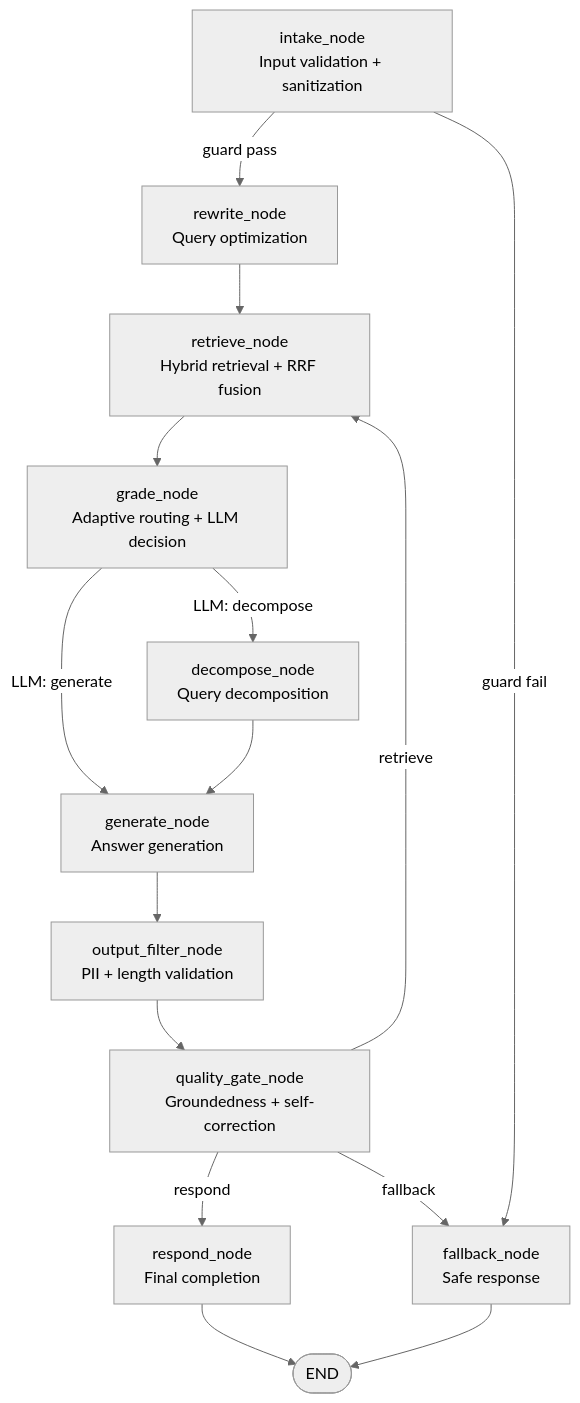
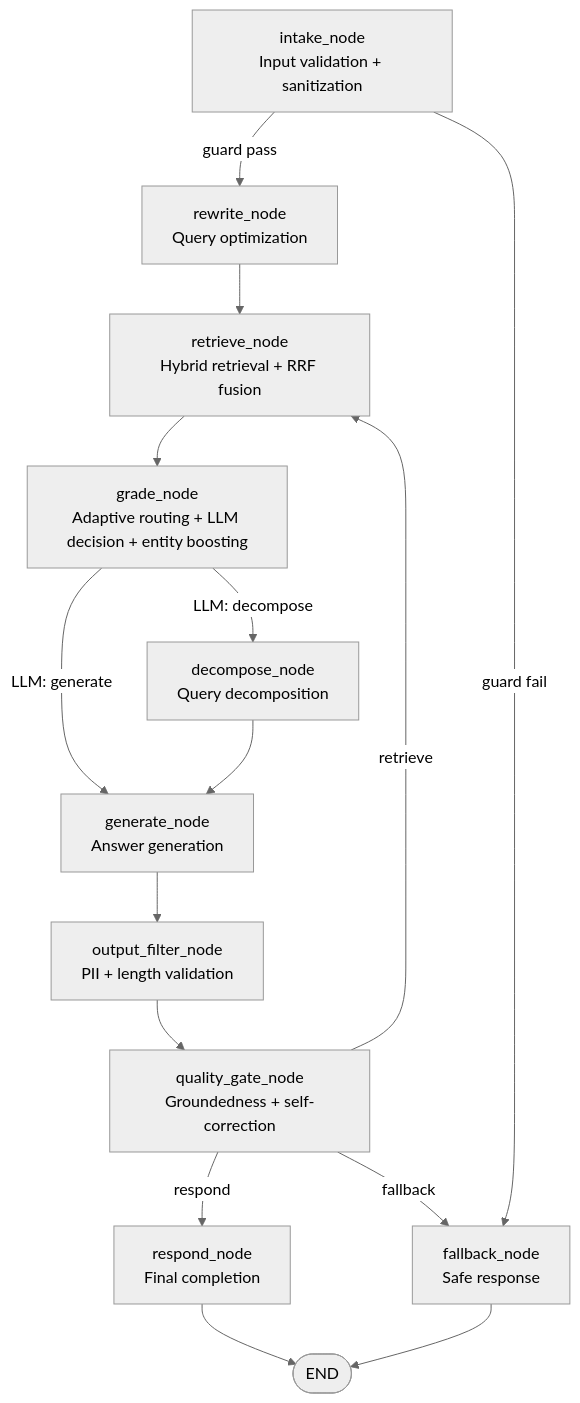
One commit to genes8/private-ai changed the second of 12 diagrams in .qoder/repowiki/en/content/AI Agent Pipeline/AI Agent Pipeline.md. Above: the diagram before and after it, drawn with Mermaid (neutral theme). The commit also changed other lines of this file and 31 other files, not shown here.

````diff
--- a/.qoder/repowiki/en/content/AI Agent Pipeline/AI Agent Pipeline.md
+++ b/.qoder/repowiki/en/content/AI Agent Pipeline/AI Agent Pipeline.md
@@ -148,17 +161,17 @@
 ```mermaid
 graph TB
 INTAKE["intake_node<br/>Input validation + sanitization"] --> |guard pass| REWRITE["rewrite_node<br/>Query optimization"]
 INTAKE --> |guard fail| FALLBACK["fallback_node<br/>Safe response"]
 REWRITE --> RETRIEVE["retrieve_node<br/>Hybrid retrieval + RRF fusion"]
-RETRIEVE --> GRADE["grade_node<br/>Adaptive routing + LLM decision"]
+RETRIEVE --> GRADE["grade_node<br/>Adaptive routing + LLM decision + entity boosting"]
 GRADE --> |LLM: generate| GENERATE["generate_node<br/>Answer generation"]
 GRADE --> |LLM: decompose| DECOMPOSE["decompose_node<br/>Query decomposition"]
 DECOMPOSE --> GENERATE
 GENERATE --> OUTPUT_FILTER["output_filter_node<br/>PII + length validation"]
 OUTPUT_FILTER --> QUALITY_GATE["quality_gate_node<br/>Groundedness + self-correction"]
 QUALITY_GATE --> |respond| RESPOND["respond_node<br/>Final completion"]
 QUALITY_GATE --> |retrieve| RETRIEVE
 QUALITY_GATE --> |fallback| FALLBACK
 RESPOND --> END(["END"])
 FALLBACK --> END
 ```
````
